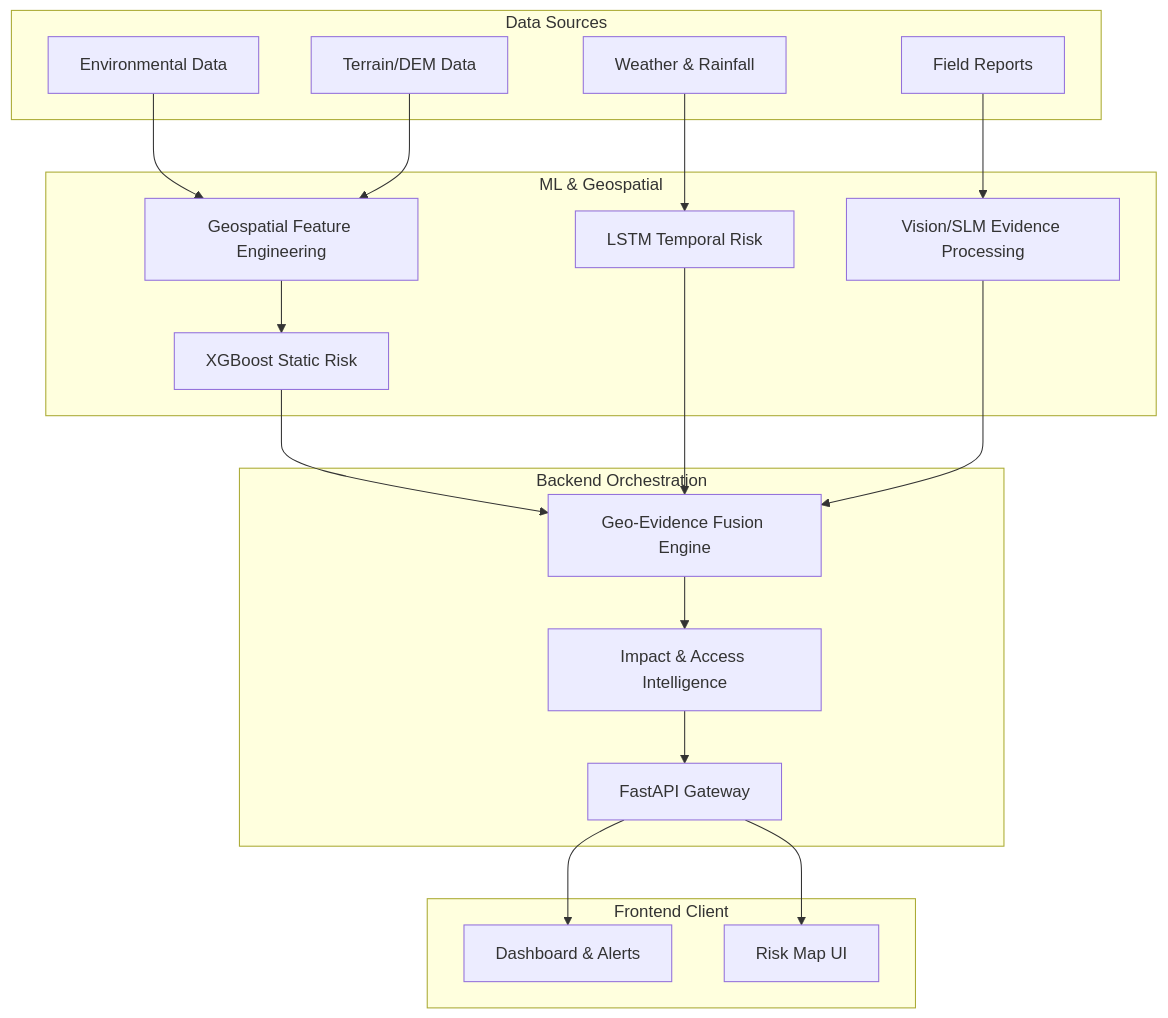
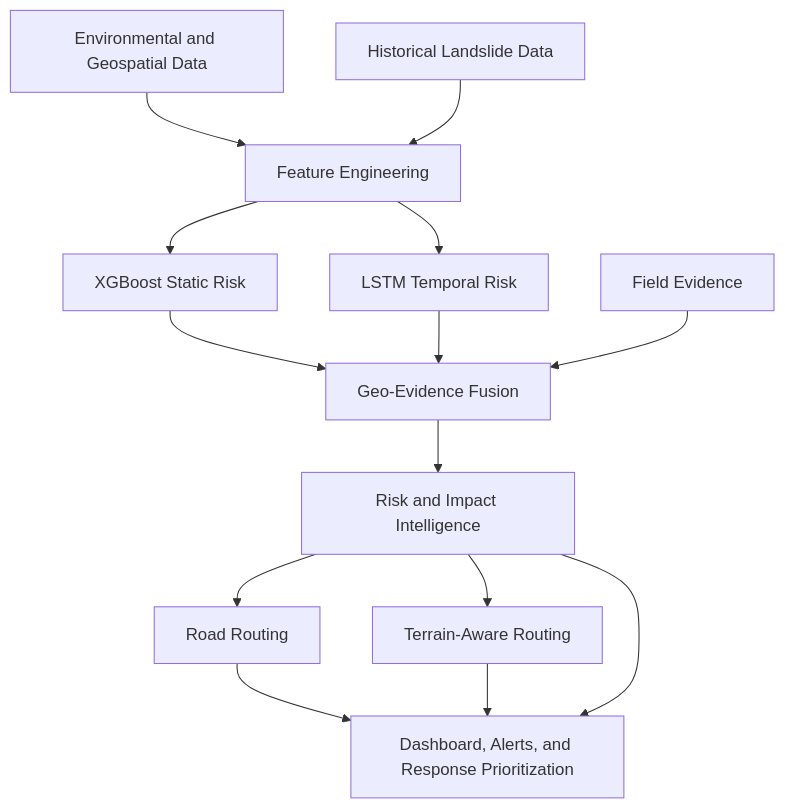
The diagram in docs/ARCHITECTURE.md (hitanshinahar/georesilience), drawn with Mermaid before and after one commit. The commit also changed other lines of this file and 6 other files, not shown here.

Commit message:
docs: establish architecture and development foundation

````diff
--- a/docs/ARCHITECTURE.md
+++ b/docs/ARCHITECTURE.md
@@ -7,48 +7,31 @@
 ```mermaid
 flowchart TD
     %% Data Sources
-    subgraph Data Sources
-        ENV[Environmental Data]
-        TER[Terrain/DEM Data]
-        WEA[Weather & Rainfall]
-        FIELD[Field Reports]
-    end
+    ENV[Environmental and Geospatial Data]
+    HIST[Historical Landslide Data]
+    FIELD[Field Evidence]
 
-    %% Processing & ML Layer
-    subgraph ML & Geospatial
-        GEO[Geospatial Feature Engineering]
-        XGB[XGBoost Static Risk]
-        LSTM[LSTM Temporal Risk]
-        EVID[Vision/SLM Evidence Processing]
-    end
+    %% Feature Engineering
+    ENV --> FEAT[Feature Engineering]
+    HIST --> FEAT
 
-    %% Orchestration & Fusion
-    subgraph Backend Orchestration
-        FUSION[Geo-Evidence Fusion Engine]
-        INTEL[Impact & Access Intelligence]
-        API[FastAPI Gateway]
-    end
+    %% Machine Learning
+    FEAT --> XGB[XGBoost Static Risk]
+    FEAT --> LSTM[LSTM Temporal Risk]
+
+    %% Fusion Engine
+    XGB --> FUSION[Geo-Evidence Fusion]
+    LSTM --> FUSION
+    FIELD --> FUSION
+
+    %% Intelligence & Routing
+    FUSION --> INTEL[Risk and Impact Intelligence]
+    
+    INTEL --> ROAD[Road Routing]
+    INTEL --> TERR[Terrain-Aware Routing]
 
     %% Presentation Layer
-    subgraph Frontend Client
-        UI[Dashboard & Alerts]
-        MAP[Risk Map UI]
-    end
-
-    %% Flows
-    ENV --> GEO
-    TER --> GEO
-    WEA --> LSTM
-    FIELD --> EVID
-    
-    GEO --> XGB
-    
-    XGB --> FUSION
-    LSTM --> FUSION
-    EVID --> FUSION
-    
-    FUSION --> INTEL
-    INTEL --> API
-    API --> UI
-    API --> MAP
+    ROAD --> DASH[Dashboard, Alerts, and Response Prioritization]
+    TERR --> DASH
+    INTEL --> DASH
 ```
````
